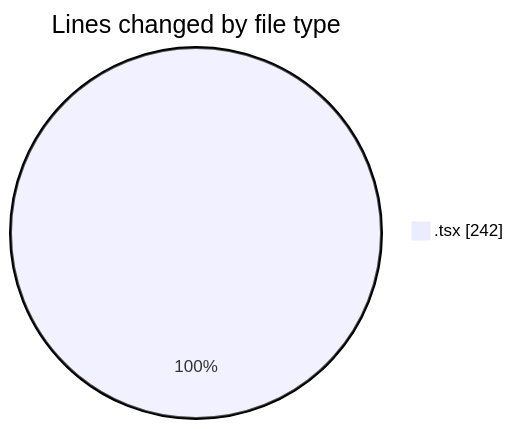
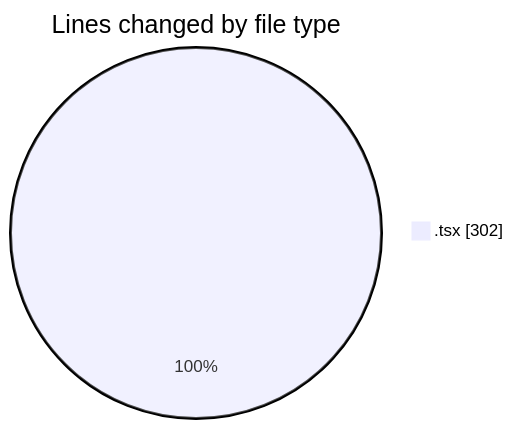
One commit to momahboobian/code-tracking changed the first of 2 diagrams in 2025-02-12/cda/README.md. Above: the diagram before and after it, drawn with Mermaid. The commit also changed other lines of this file and 1 other file, not shown here.

````diff
--- a/2025-02-12/cda/README.md
+++ b/2025-02-12/cda/README.md
@@ -20,5 +21,5 @@
 ```mermaid
 pie showData
 title Lines changed by file type
-".tsx" : 242
+".tsx" : 302
 ```
````
